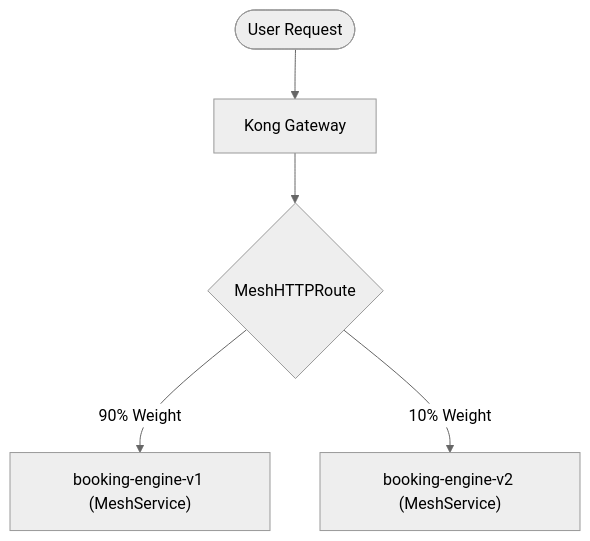
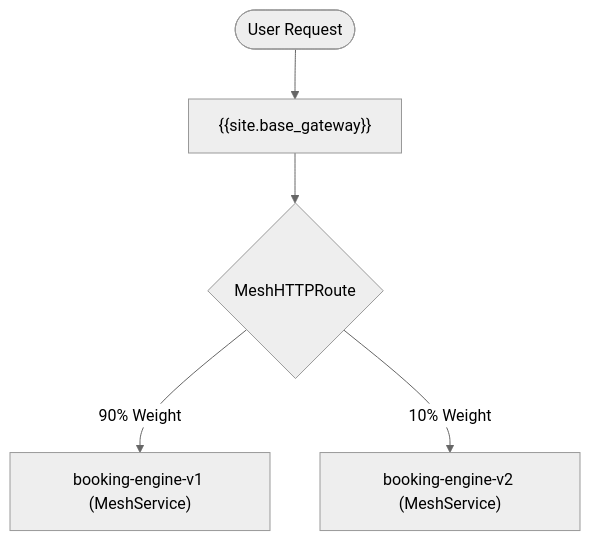
One commit to Kong/developer.konghq.com changed the diagram in app/mesh/scenarios/traffic-splitting-meshservices.md. Above: the diagram before and after it, drawn with Mermaid (neutral theme). The commit also changed 14 other files, not shown here.

```diff
--- a/app/mesh/scenarios/traffic-splitting-meshservices.md
+++ b/app/mesh/scenarios/traffic-splitting-meshservices.md
@@ -54,7 +54,7 @@
 {% mermaid %}
 graph TD
-    User([User Request]) --> Gateway["Kong Gateway"]
+    User([User Request]) --> Gateway["{{site.base_gateway}}"]
     Gateway --> Route{"MeshHTTPRoute"}
     Route -->|"90% Weight"| Stable["booking-engine-v1 (MeshService)"]
     Route -->|"10% Weight"| Canary["booking-engine-v2 (MeshService)"]
 {% endmermaid %}
```
